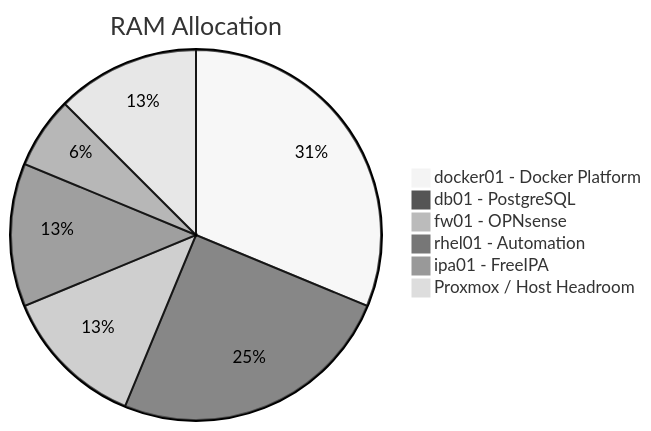
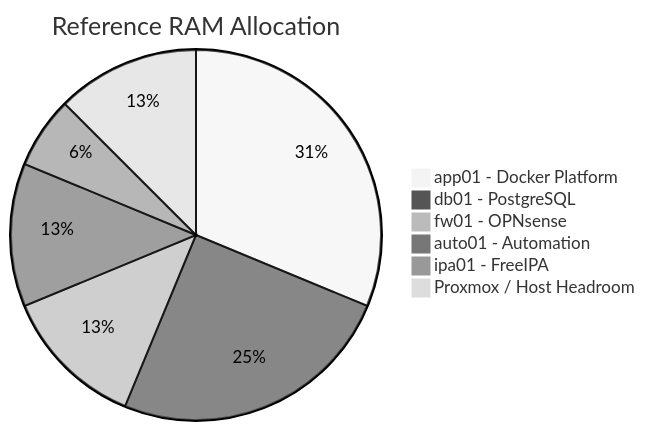
The second of 4 diagrams in docs/resource-matrix/vm-resource-matrix.md (O2BUCAK/EnterpriseReferenceArchitecture), drawn with Mermaid (neutral theme) before and after one commit. The commit also changed other lines of this file, not shown here.

Commit message:
docs: align VM resource matrix with reference architecture

````diff
--- a/docs/resource-matrix/vm-resource-matrix.md
+++ b/docs/resource-matrix/vm-resource-matrix.md
@@ -208,9 +125,9 @@
 ```mermaid
-pie title RAM Allocation
-    "docker01 - Docker Platform" : 10
+pie title Reference RAM Allocation
+    "app01 - Docker Platform" : 10
     "db01 - PostgreSQL" : 8
     "fw01 - OPNsense" : 4
-    "rhel01 - Automation" : 4
+    "auto01 - Automation" : 4
     "ipa01 - FreeIPA" : 2
     "Proxmox / Host Headroom" : 4
 ```
````
